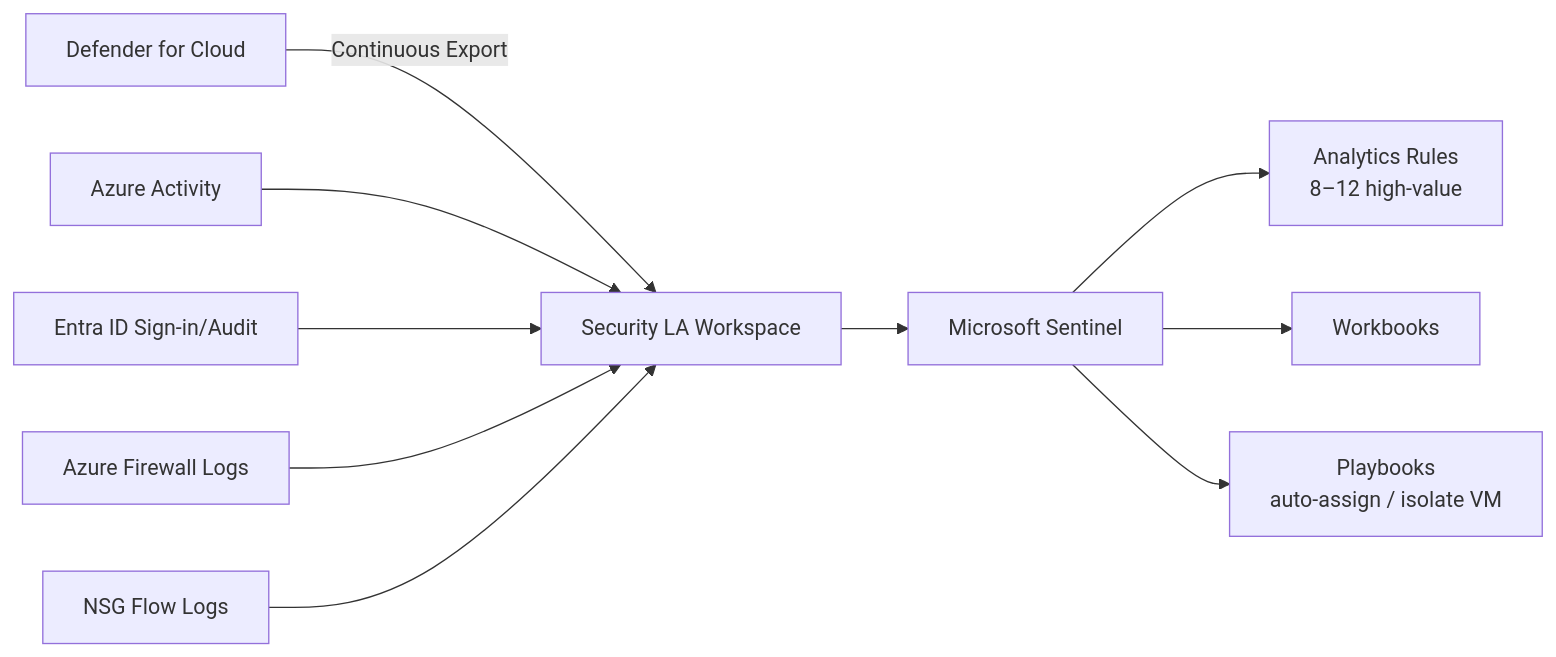
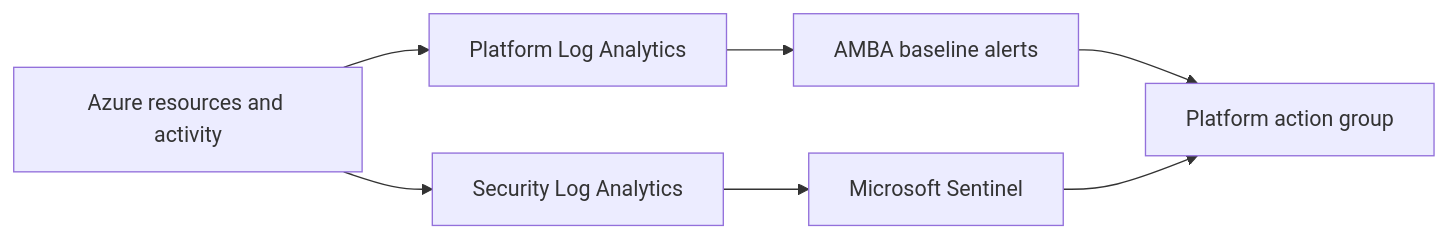
One commit to Globaris-Inc/Azure-Landing-Zone-Architecture changed the third of 4 diagrams in ARCHITECTURE.md. Above: the diagram before and after it, drawn with Mermaid. The commit also changed other lines of this file and 6 other files, not shown here.

Commit message:
Refine Azure landing zone architecture implementation

````diff
--- a/ARCHITECTURE.md
+++ b/ARCHITECTURE.md
@@ -120,17 +216,16 @@
 ```mermaid
-graph LR
-    D[Defender for Cloud]
-    A[Azure Activity]
-    E[Entra ID Sign-in/Audit]
-    FW[Azure Firewall Logs]
-    NS[NSG Flow Logs]
-    D -->|Continuous Export| SEC_LA[Security LA Workspace]
-    A --> SEC_LA
-    E --> SEC_LA
-    FW --> SEC_LA
-    NS --> SEC_LA
-    SEC_LA --> S[Microsoft Sentinel]
-    S --> AR[Analytics Rules\n8–12 high-value]
-    S --> WB[Workbooks]
-    S --> PB[Playbooks\nauto-assign / isolate VM]
+flowchart LR
+    AZ[Azure resources and activity]
+    PL[Platform Log Analytics]
+    SL[Security Log Analytics]
+    AMBA[AMBA baseline alerts]
+    SENT[Microsoft Sentinel]
+    AG[Platform action group]
+
+    AZ --> PL
+    AZ --> SL
+    PL --> AMBA
+    SL --> SENT
+    AMBA --> AG
+    SENT --> AG
 ```
````
